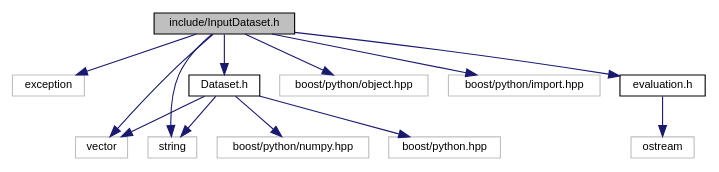
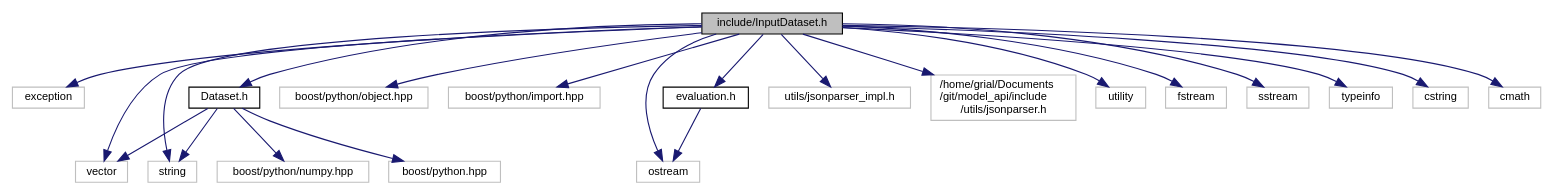
One commit to grial1/model_api changed the diagram in docs/InputDataset_8h__incl.dot. Above: the diagram before and after it, drawn with Graphviz. The commit also changed 11 other files, not shown here.

```diff
--- a/docs/InputDataset_8h__incl.dot
+++ b/docs/InputDataset_8h__incl.dot
@@ -1,28 +1,45 @@
 digraph "include/InputDataset.h"
 {
   edge [fontname="Helvetica",fontsize="10",labelfontname="Helvetica",labelfontsize="10"];
   node [fontname="Helvetica",fontsize="10",shape=record];
   Node0 [label="include/InputDataset.h",height=0.2,width=0.4,color="black", fillcolor="grey75", style="filled", fontcolor="black"];
   Node0 -> Node1 [color="midnightblue",fontsize="10",style="solid",fontname="Helvetica"];
   Node1 [label="exception",height=0.2,width=0.4,color="grey75", fillcolor="white", style="filled"];
   Node0 -> Node2 [color="midnightblue",fontsize="10",style="solid",fontname="Helvetica"];
   Node2 [label="vector",height=0.2,width=0.4,color="grey75", fillcolor="white", style="filled"];
   Node0 -> Node3 [color="midnightblue",fontsize="10",style="solid",fontname="Helvetica"];
   Node3 [label="string",height=0.2,width=0.4,color="grey75", fillcolor="white", style="filled"];
   Node0 -> Node4 [color="midnightblue",fontsize="10",style="solid",fontname="Helvetica"];
   Node4 [label="boost/python/object.hpp",height=0.2,width=0.4,color="grey75", fillcolor="white", style="filled"];
   Node0 -> Node5 [color="midnightblue",fontsize="10",style="solid",fontname="Helvetica"];
   Node5 [label="boost/python/import.hpp",height=0.2,width=0.4,color="grey75", fillcolor="white", style="filled"];
   Node0 -> Node6 [color="midnightblue",fontsize="10",style="solid",fontname="Helvetica"];
   Node6 [label="Dataset.h",height=0.2,width=0.4,color="black", fillcolor="white", style="filled",URL="$Dataset_8h.html",tooltip="abstract class to be extended and implemented by InputDataset "];
   Node6 -> Node3 [color="midnightblue",fontsize="10",style="solid",fontname="Helvetica"];
   Node6 -> Node2 [color="midnightblue",fontsize="10",style="solid",fontname="Helvetica"];
   Node6 -> Node7 [color="midnightblue",fontsize="10",style="solid",fontname="Helvetica"];
   Node7 [label="boost/python.hpp",height=0.2,width=0.4,color="grey75", fillcolor="white", style="filled"];
   Node6 -> Node8 [color="midnightblue",fontsize="10",style="solid",fontname="Helvetica"];
   Node8 [label="boost/python/numpy.hpp",height=0.2,width=0.4,color="grey75", fillcolor="white", style="filled"];
   Node0 -> Node9 [color="midnightblue",fontsize="10",style="solid",fontname="Helvetica"];
   Node9 [label="evaluation.h",height=0.2,width=0.4,color="black", fillcolor="white", style="filled",URL="$evaluation_8h.html",tooltip="abstract class to be extended and implemented by InputDataset "];
   Node9 -> Node10 [color="midnightblue",fontsize="10",style="solid",fontname="Helvetica"];
   Node10 [label="ostream",height=0.2,width=0.4,color="grey75", fillcolor="white", style="filled"];
+  Node0 -> Node11 [color="midnightblue",fontsize="10",style="solid",fontname="Helvetica"];
+  Node11 [label="utils/jsonparser_impl.h",height=0.2,width=0.4,color="grey75", fillcolor="white", style="filled"];
+  Node0 -> Node12 [color="midnightblue",fontsize="10",style="solid",fontname="Helvetica"];
+  Node12 [label="/home/grial/Documents\l/git/model_api/include\l/utils/jsonparser.h",height=0.2,width=0.4,color="grey75", fillcolor="white", style="filled"];
+  Node0 -> Node13 [color="midnightblue",fontsize="10",style="solid",fontname="Helvetica"];
+  Node13 [label="utility",height=0.2,width=0.4,color="grey75", fillcolor="white", style="filled"];
+  Node0 -> Node10 [color="midnightblue",fontsize="10",style="solid",fontname="Helvetica"];
+  Node0 -> Node14 [color="midnightblue",fontsize="10",style="solid",fontname="Helvetica"];
+  Node14 [label="fstream",height=0.2,width=0.4,color="grey75", fillcolor="white", style="filled"];
+  Node0 -> Node15 [color="midnightblue",fontsize="10",style="solid",fontname="Helvetica"];
+  Node15 [label="sstream",height=0.2,width=0.4,color="grey75", fillcolor="white", style="filled"];
+  Node0 -> Node16 [color="midnightblue",fontsize="10",style="solid",fontname="Helvetica"];
+  Node16 [label="typeinfo",height=0.2,width=0.4,color="grey75", fillcolor="white", style="filled"];
+  Node0 -> Node17 [color="midnightblue",fontsize="10",style="solid",fontname="Helvetica"];
+  Node17 [label="cstring",height=0.2,width=0.4,color="grey75", fillcolor="white", style="filled"];
+  Node0 -> Node18 [color="midnightblue",fontsize="10",style="solid",fontname="Helvetica"];
+  Node18 [label="cmath",height=0.2,width=0.4,color="grey75", fillcolor="white", style="filled"];
 }
```
